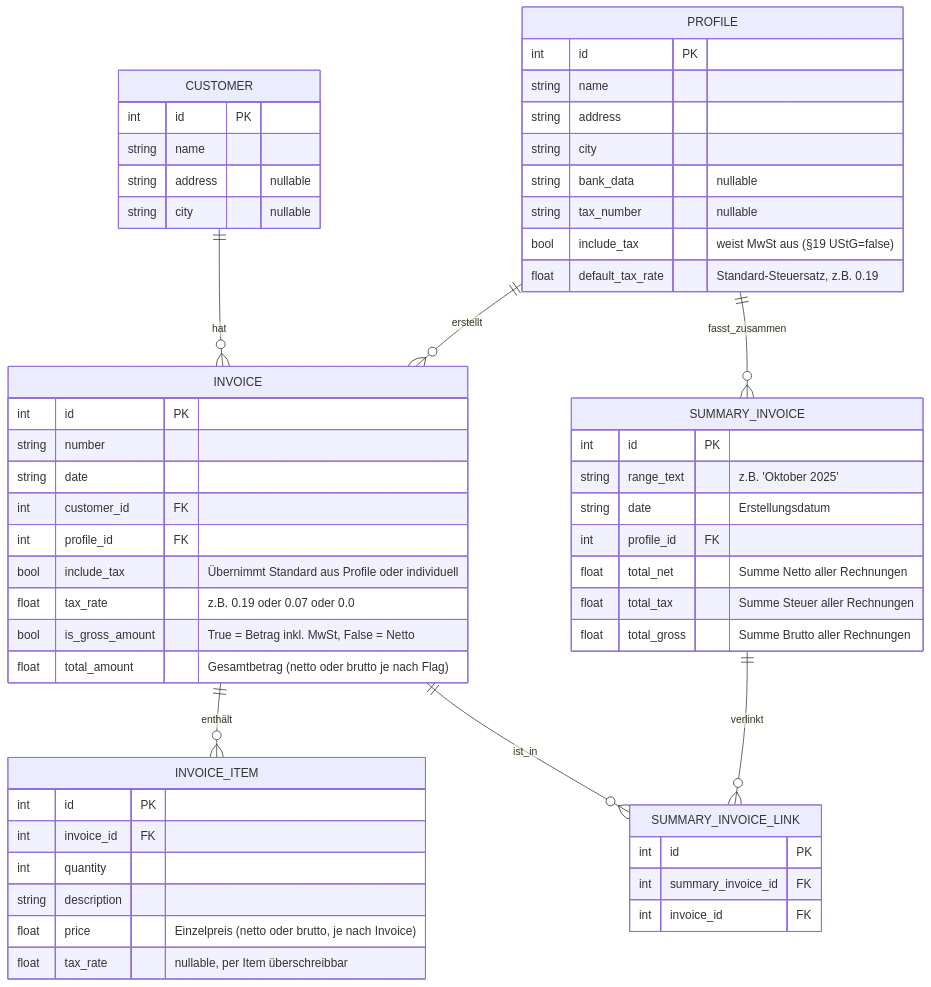
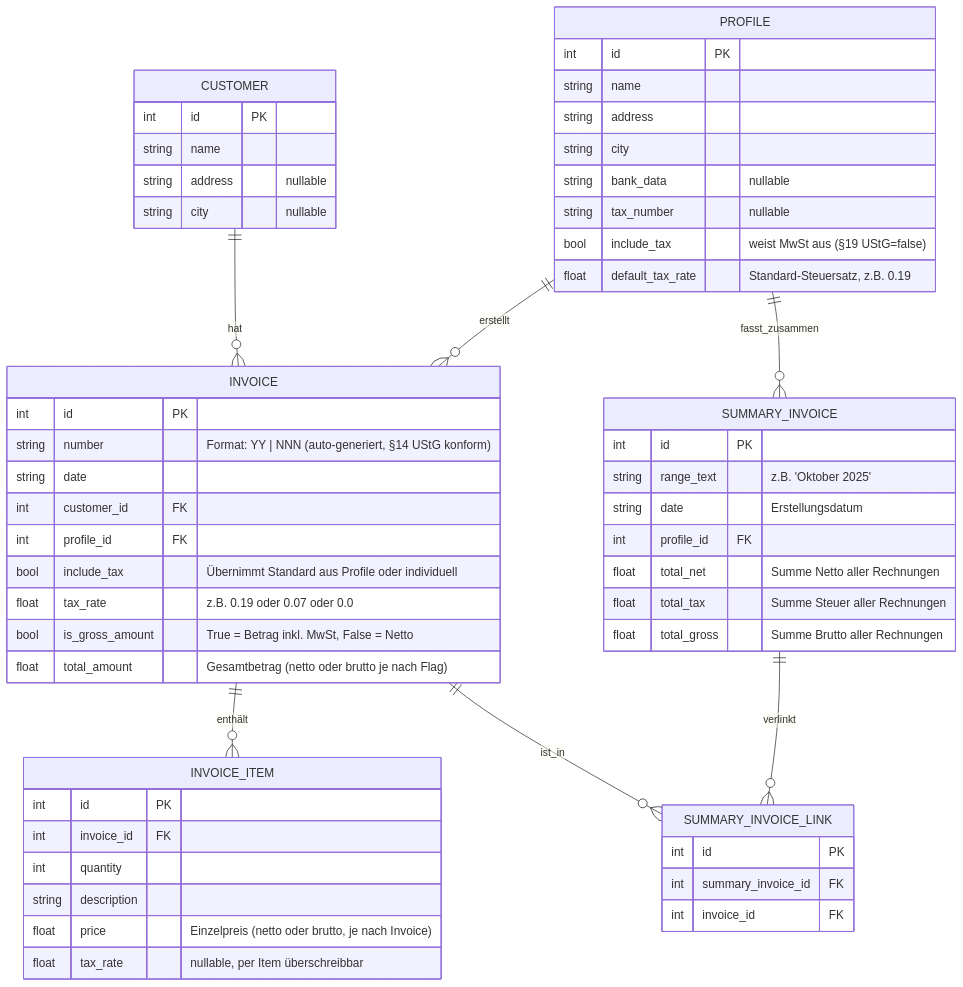
One commit to wontknow/Billino changed the diagram in README.md. Above: the diagram before and after it, drawn with Mermaid. The commit also changed other lines of this file and 7 other files, not shown here.

Commit message:
copilot test creation auto number for invoices and invoice number preview router

````diff
--- a/README.md
+++ b/README.md
@@ -287,64 +318,64 @@
 ```mermaid
 erDiagram
     CUSTOMER ||--o{ INVOICE : "hat"
     PROFILE  ||--o{ INVOICE : "erstellt"
     INVOICE  ||--o{ INVOICE_ITEM : "enthält"
     PROFILE  ||--o{ SUMMARY_INVOICE : "fasst_zusammen"
     SUMMARY_INVOICE ||--o{ SUMMARY_INVOICE_LINK : "verlinkt"
     INVOICE ||--o{ SUMMARY_INVOICE_LINK : "ist_in"
 
     CUSTOMER {
         int id PK
         string name
         string address "nullable"
         string city "nullable"
     }
 
     PROFILE {
         int id PK
         string name
         string address
         string city
         string bank_data "nullable"
         string tax_number "nullable"
         bool include_tax "weist MwSt aus (§19 UStG=false)"
         float default_tax_rate "Standard-Steuersatz, z.B. 0.19"
     }
 
     INVOICE {
         int id PK
-        string number
+        string number "Format: YY | NNN (auto-generiert, §14 UStG konform)"
         string date
         int customer_id FK
         int profile_id FK
         bool include_tax "Übernimmt Standard aus Profile oder individuell"
         float tax_rate "z.B. 0.19 oder 0.07 oder 0.0"
         bool is_gross_amount "True = Betrag inkl. MwSt, False = Netto"
         float total_amount "Gesamtbetrag (netto oder brutto je nach Flag)"
     }
 
     INVOICE_ITEM {
         int id PK
         int invoice_id FK
         int quantity
         string description
         float price "Einzelpreis (netto oder brutto, je nach Invoice)"
         float tax_rate "nullable, per Item überschreibbar"
     }
 
     SUMMARY_INVOICE {
         int id PK
         string range_text "z.B. 'Oktober 2025'"
         string date "Erstellungsdatum"
         int profile_id FK
         float total_net "Summe Netto aller Rechnungen"
         float total_tax "Summe Steuer aller Rechnungen"
         float total_gross "Summe Brutto aller Rechnungen"
     }
 
     SUMMARY_INVOICE_LINK {
         int id PK
         int summary_invoice_id FK
         int invoice_id FK
     }
 ```
````
